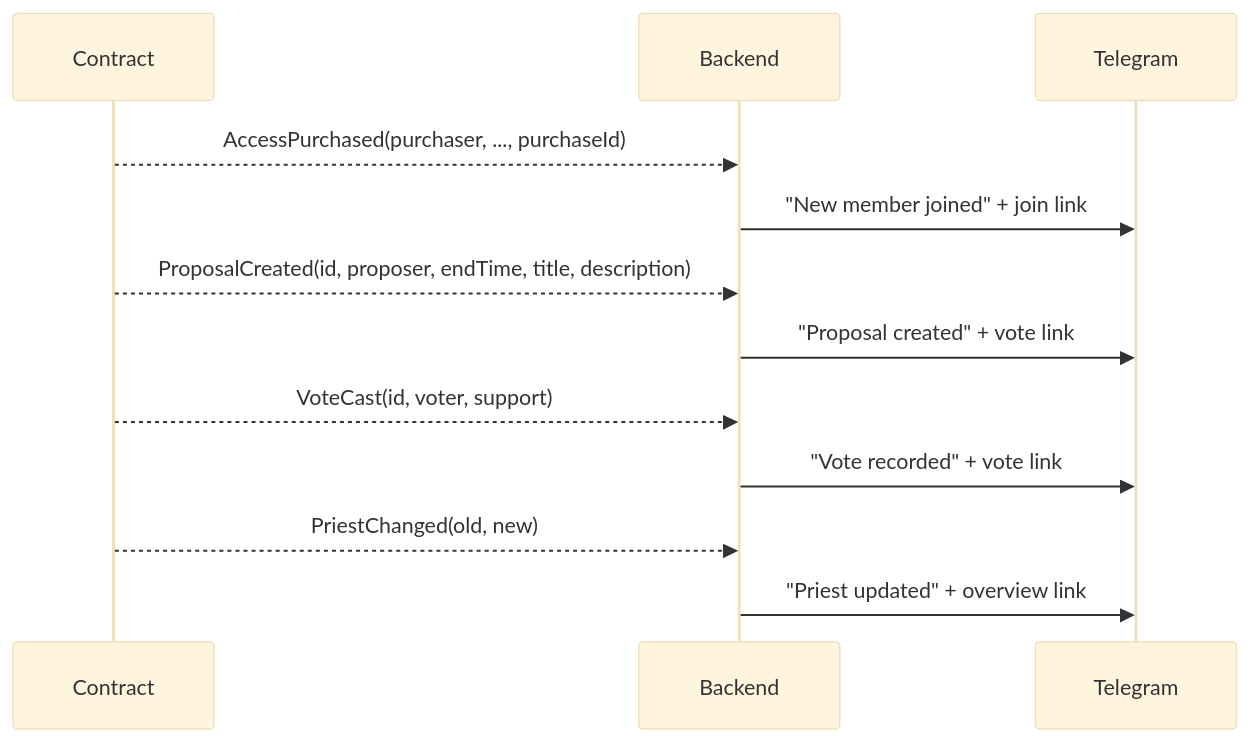
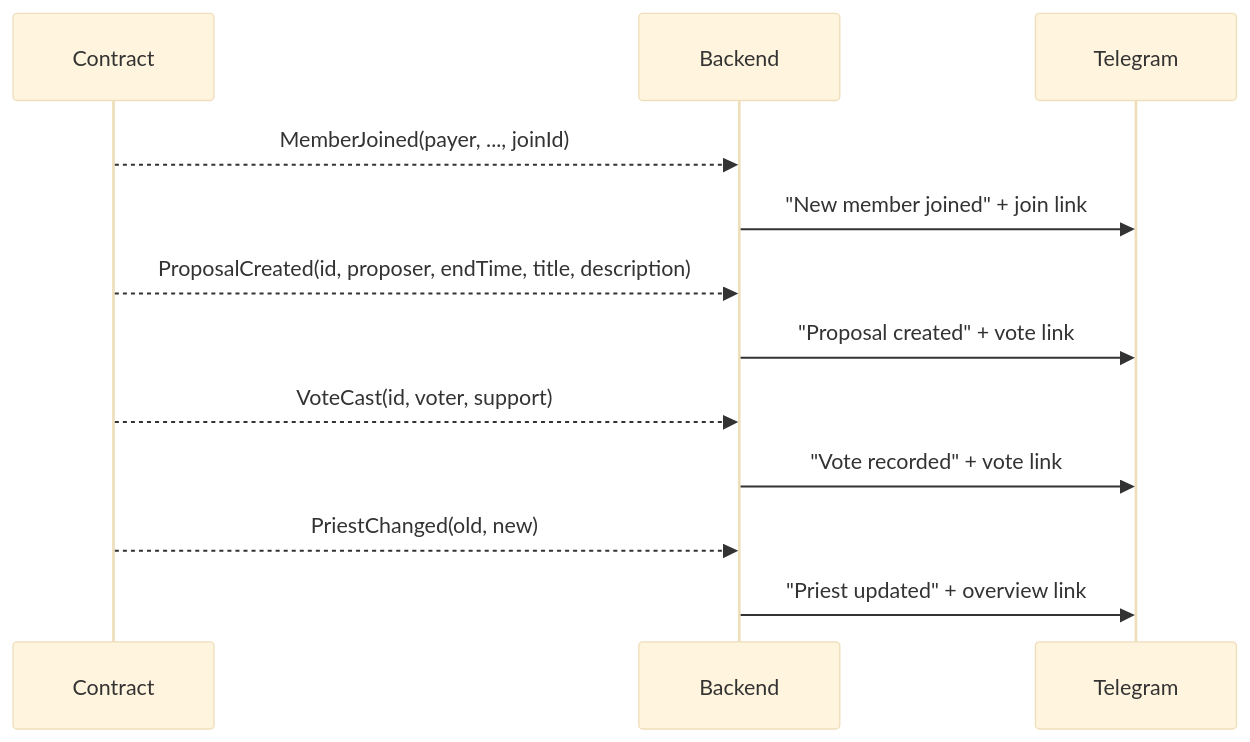
The fifth of 11 diagrams in docs/CORE_FLOW_DOCS.MD (templ-fun/templ-evm-protocol), drawn with Mermaid (base theme) before and after one commit. The commit also changed other lines of this file and 69 other files, not shown here.

Commit message:
refactor: rename membership flows to join terminology

````diff
--- a/docs/CORE_FLOW_DOCS.MD
+++ b/docs/CORE_FLOW_DOCS.MD
@@ -82,14 +82,14 @@
 ```mermaid
 sequenceDiagram
     participant C as Contract
     participant B as Backend
     participant T as Telegram
-    C-->>B: AccessPurchased(purchaser, ..., purchaseId)
+    C-->>B: MemberJoined(payer, ..., joinId)
     B->>T: "New member joined" + join link
     C-->>B: ProposalCreated(id, proposer, endTime, title, description)
     B->>T: "Proposal created" + vote link
     C-->>B: VoteCast(id, voter, support)
     B->>T: "Vote recorded" + vote link
     C-->>B: PriestChanged(old, new)
     B->>T: "Priest updated" + overview link
 ```
````
